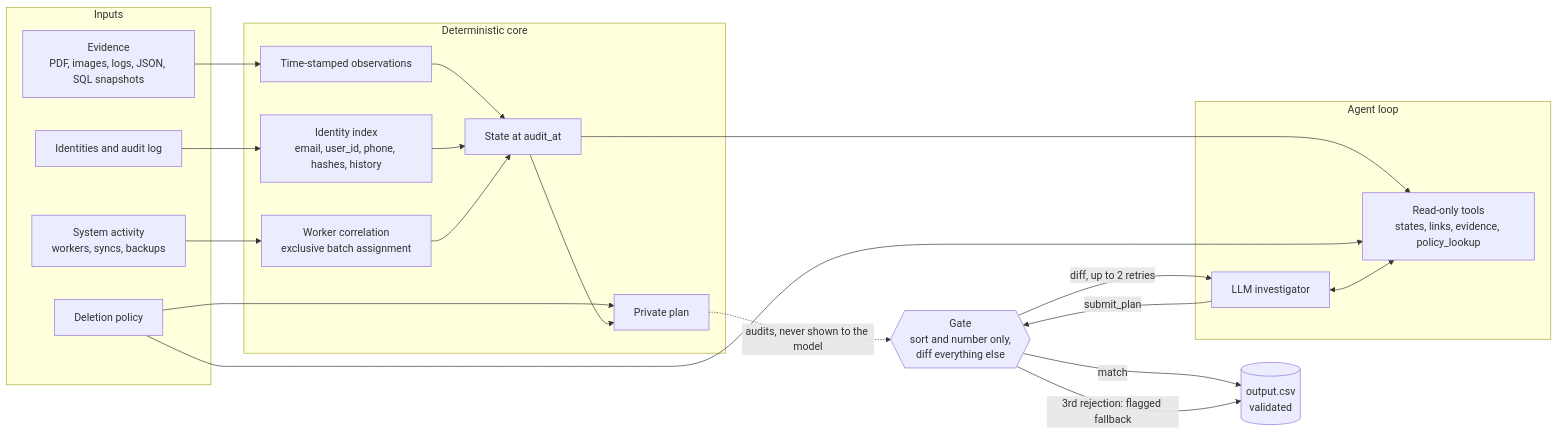
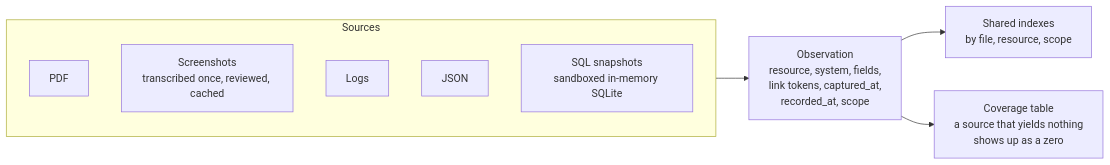
Before and after one commit to G26karthik/ghost-data-still-exists: the second of 4 diagrams in README.md, drawn with Mermaid. The commit also changed other lines of this file and 14 other files, not shown here.

Commit message:
Fold docs into a single README with stage diagrams and visuals

````diff
--- a/README.md
+++ b/README.md
@@ -35,42 +61,14 @@
 ```mermaid
 flowchart LR
-    subgraph IN["Inputs"]
-        EV["Evidence<br/>PDF, images, logs, JSON, SQL snapshots"]
-        ID["Identities and audit log"]
-        ACT["System activity<br/>workers, syncs, backups"]
-        POL["Deletion policy"]
+    subgraph SRC["Sources"]
+        direction TB
+        P["PDF"]
+        I["Screenshots<br/>transcribed once, reviewed, cached"]
+        L["Logs"]
+        J["JSON"]
+        Q["SQL snapshots<br/>sandboxed in-memory SQLite"]
     end
-
-    subgraph ENGINE["Deterministic core"]
-        OBS["Time-stamped observations"]
-        IDX["Identity index<br/>email, user_id, phone, hashes, history"]
-        COR["Worker correlation<br/>exclusive batch assignment"]
-        STATE["State at audit_at"]
-        PRIV["Private plan"]
-    end
-
-    subgraph AGENT["Agent loop"]
-        LLM["LLM investigator"]
-        TOOLS["Read-only tools<br/>states, links, evidence, policy_lookup"]
-    end
-
-    GATE{{"Gate<br/>sort and number only,<br/>diff everything else"}}
-    OUT[("output.csv<br/>validated")]
-
-    EV --> OBS
-    ID --> IDX
-    ACT --> COR
-    OBS --> STATE
-    IDX --> STATE
-    COR --> STATE
-    POL --> PRIV
-    STATE --> PRIV
-    STATE --> TOOLS
-    POL --> TOOLS
-    LLM <--> TOOLS
-    LLM -- "submit_plan" --> GATE
-    PRIV -. "audits, never shown to the model" .-> GATE
-    GATE -- "match" --> OUT
-    GATE -- "diff, up to 2 retries" --> LLM
-    GATE -- "3rd rejection: flagged fallback" --> OUT
+    SRC --> O["Observation<br/>resource, system, fields,<br/>link tokens, captured_at,<br/>recorded_at, scope"]
+    O --> X["Shared indexes<br/>by file, resource, scope"]
+    O --> COV["Coverage table<br/>a source that yields nothing<br/>shows up as a zero"]
 ```
````
